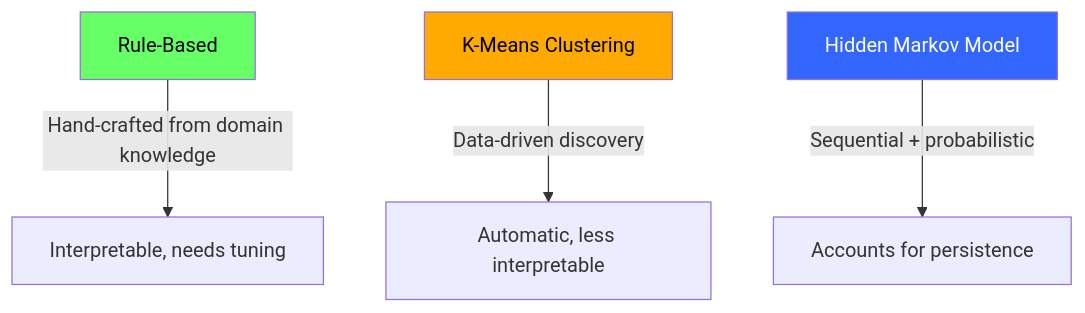
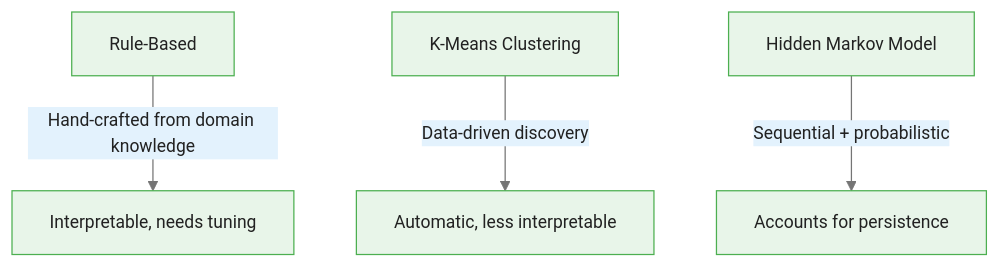
The second of 3 diagrams in courses/multi-armed-bandits-ab-testing/modules/module_05_commodity_trading_bandits/guides/04_regime_aware_allocation_slides.md (m-deane/course-creator), drawn with Mermaid before and after one commit. The commit also changed other lines of this file and 146 other files, not shown here.

````diff
--- a/courses/multi-armed-bandits-ab-testing/modules/module_05_commodity_trading_bandits/guides/04_regime_aware_allocation_slides.md
+++ b/courses/multi-armed-bandits-ab-testing/modules/module_05_commodity_trading_bandits/guides/04_regime_aware_allocation_slides.md
@@ -109,10 +142,7 @@
 ```mermaid
+%%{init: {"theme": "base", "themeVariables": {"primaryColor": "#e8f5e9", "primaryBorderColor": "#4caf50", "primaryTextColor": "#212121", "secondaryColor": "#e3f2fd", "tertiaryColor": "#fff8e1", "lineColor": "#757575", "fontFamily": "Inter, sans-serif", "fontSize": "14px"}}}%%
 flowchart TD
     S1["Rule-Based"] --> |"Hand-crafted from domain knowledge"| P1["Interpretable, needs tuning"]
     S2["K-Means Clustering"] --> |"Data-driven discovery"| P2["Automatic, less interpretable"]
     S3["Hidden Markov Model"] --> |"Sequential + probabilistic"| P3["Accounts for persistence"]
-
-    style S1 fill:#6f6,color:#000
-    style S2 fill:#fa0,color:#000
-    style S3 fill:#36f,color:#fff
 ```
````
